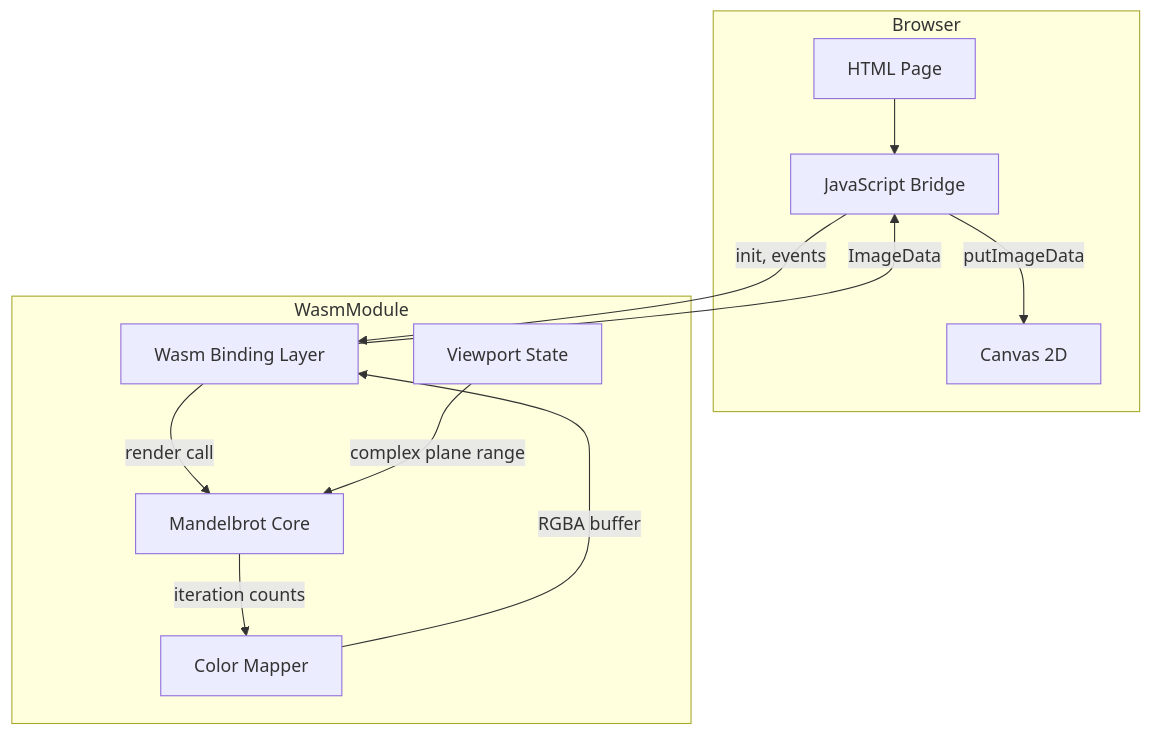
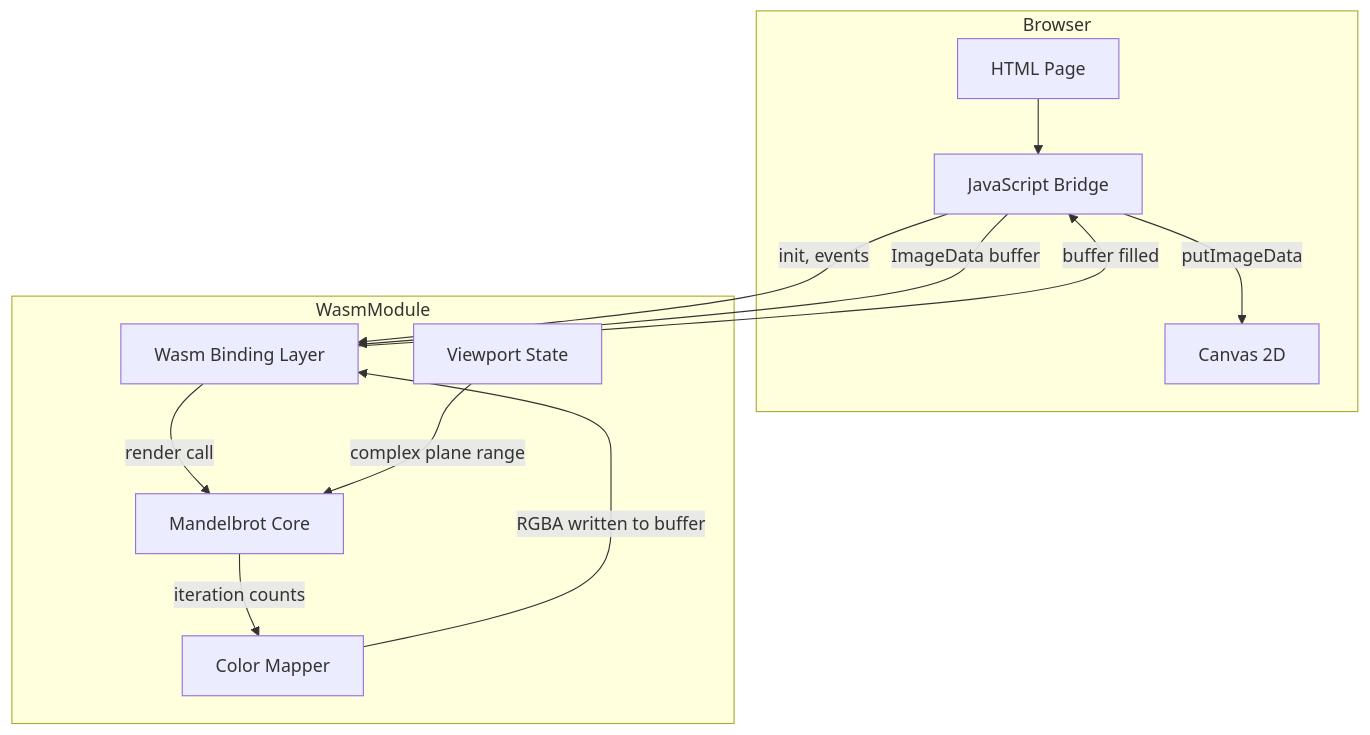
Before and after one commit to Yamazaki-Kei7/mandelbrot: the first of 4 diagrams in .kiro/specs/mandelbrot-wasm-renderer/design.md, drawn with Mermaid. The commit also changed other lines of this file and 1 other file, not shown here.

````diff
--- a/.kiro/specs/mandelbrot-wasm-renderer/design.md
+++ b/.kiro/specs/mandelbrot-wasm-renderer/design.md
@@ -28,24 +30,25 @@
 ```mermaid
 graph TB
     subgraph Browser
         HTML[HTML Page]
         JS[JavaScript Bridge]
         Canvas[Canvas 2D]
     end
 
     subgraph WasmModule
         Binding[Wasm Binding Layer]
         Core[Mandelbrot Core]
         Color[Color Mapper]
         Viewport[Viewport State]
     end
 
     HTML --> JS
     JS -->|init, events| Binding
+    JS -->|ImageData buffer| Binding
     Binding -->|render call| Core
     Core -->|iteration counts| Color
-    Color -->|RGBA buffer| Binding
-    Binding -->|ImageData| JS
+    Color -->|RGBA written to buffer| Binding
+    Binding -->|buffer filled| JS
     JS -->|putImageData| Canvas
     Viewport -->|complex plane range| Core
 ```
````
